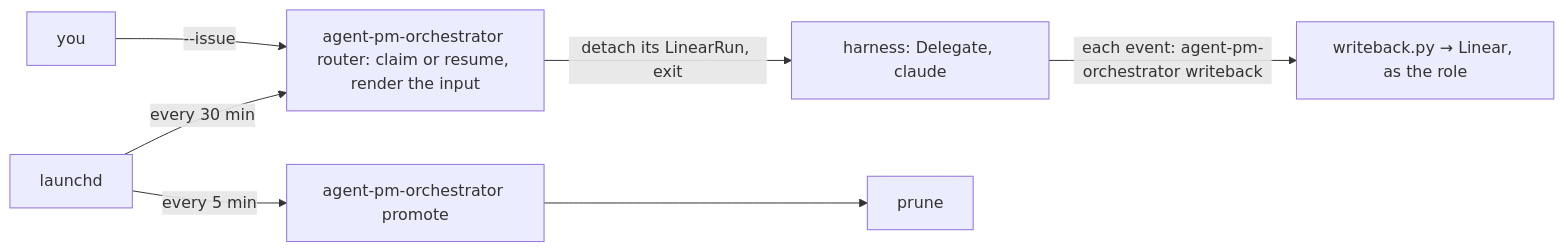
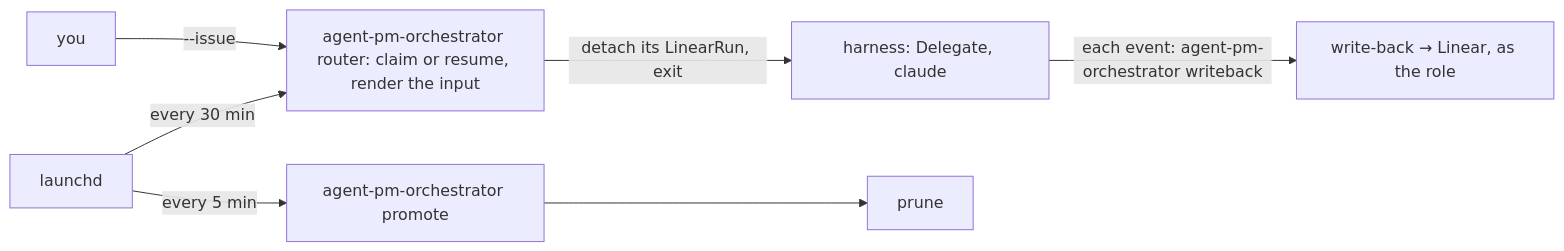
The second of 3 diagrams in docs/board.md (ophis/agent-pm), drawn with Mermaid before and after one commit. The commit also changed other lines of this file and 2 other files, not shown here.

````diff
--- a/docs/board.md
+++ b/docs/board.md
@@ -104,7 +104,7 @@
 ```mermaid
 flowchart LR
     L[launchd] -->|every 30 min| R["agent-pm-orchestrator router: claim or resume, render the input"] -->|"detach its LinearRun, exit"| I["harness: Delegate, claude"]
     Y[you] -->|"--issue"| R
-    I -->|"each event: agent-pm-orchestrator writeback"| W["writeback.py → Linear, as the role"]
+    I -->|"each event: agent-pm-orchestrator writeback"| W["write-back → Linear, as the role"]
     L -->|every 5 min| P[agent-pm-orchestrator promote] --> X[prune]
 ```
````
